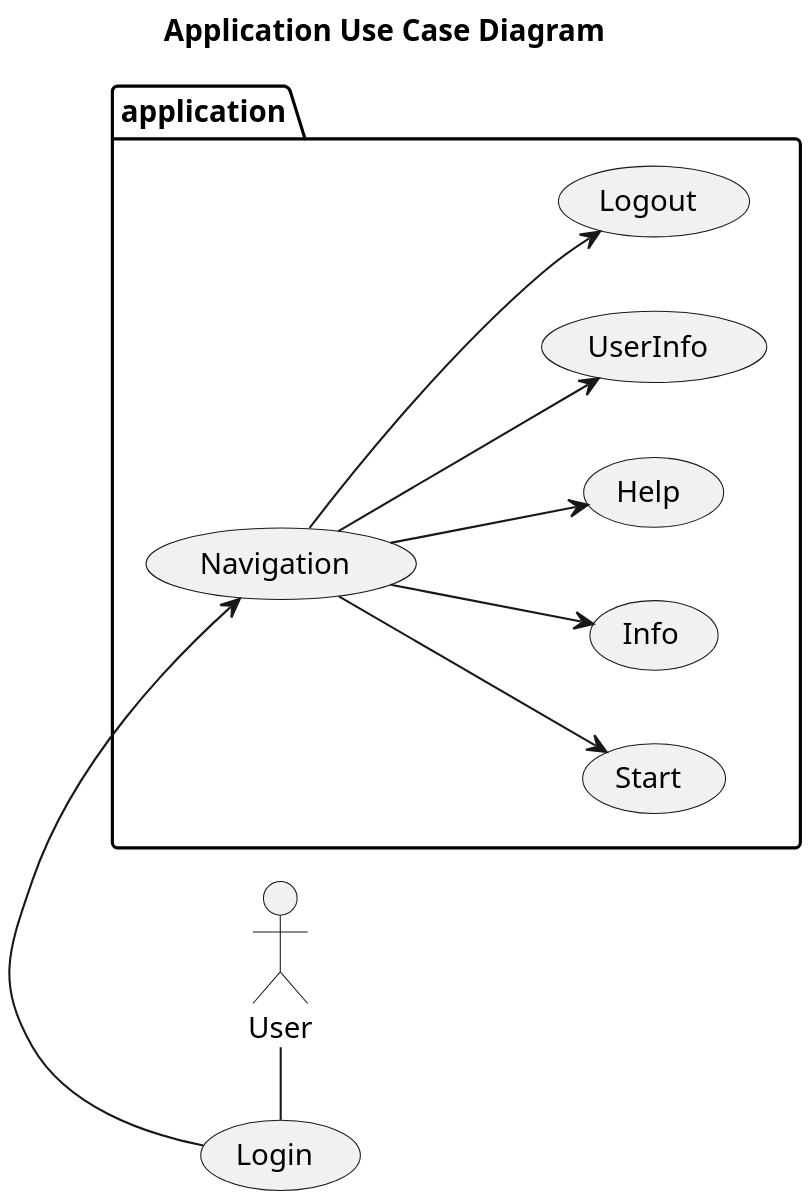
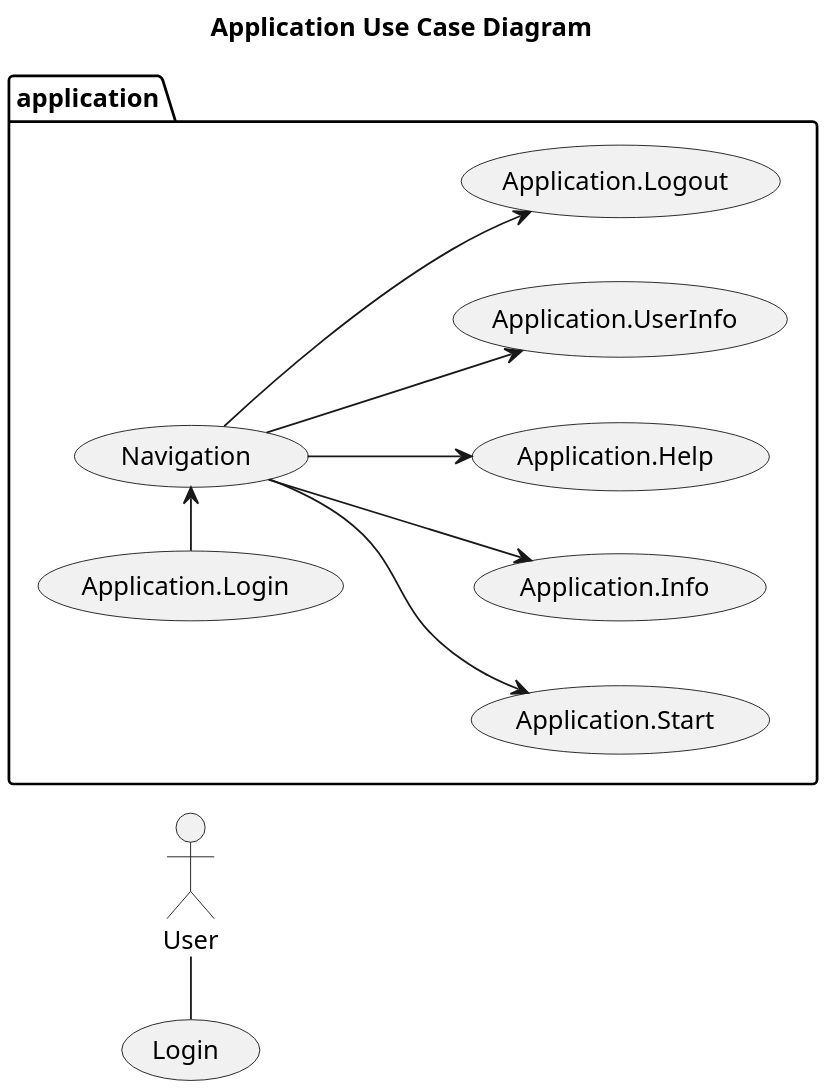
The diagram in puml/application/concept/Application__UseCases.puml (Jakarta-EE-Petclinic/petclinic-uml), drawn with PlantUML before and after one commit. The commit also changed 6 other files, not shown here.

```diff
--- a/puml/application/concept/Application__UseCases.puml
+++ b/puml/application/concept/Application__UseCases.puml
@@ -1,21 +1,21 @@
 @startuml
 
 title Application Use Case Diagram
 
 'https://plantuml.com/use-case-diagram
 
 left to right direction
 'top to bottom direction
 
 scale 1000 width
 
 User - (Login)
 package application {
-    (Login) -> (Navigation)
-    (Navigation) --> (Start)
-    (Navigation) --> (Info)
-    (Navigation) --> (Help)
-    (Navigation) --> (UserInfo)
-    (Navigation) --> (Logout)
+    (Application.Login) -> (Navigation)
+    (Navigation) --> (Application.Start)
+    (Navigation) --> (Application.Info)
+    (Navigation) --> (Application.Help)
+    (Navigation) --> (Application.UserInfo)
+    (Navigation) --> (Application.Logout)
 }
 @enduml
```
